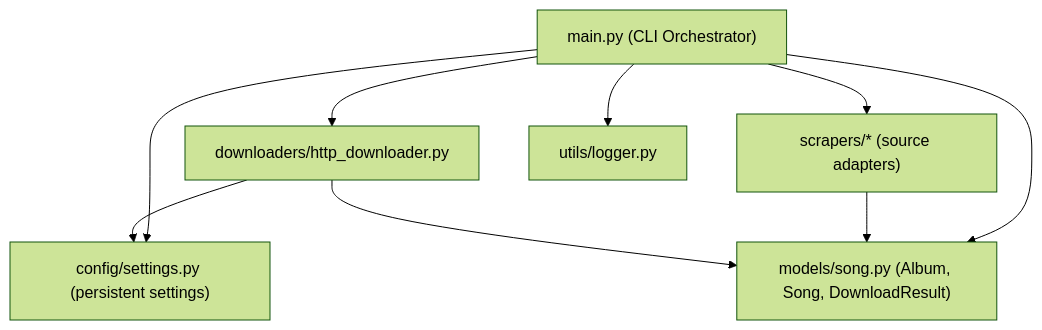
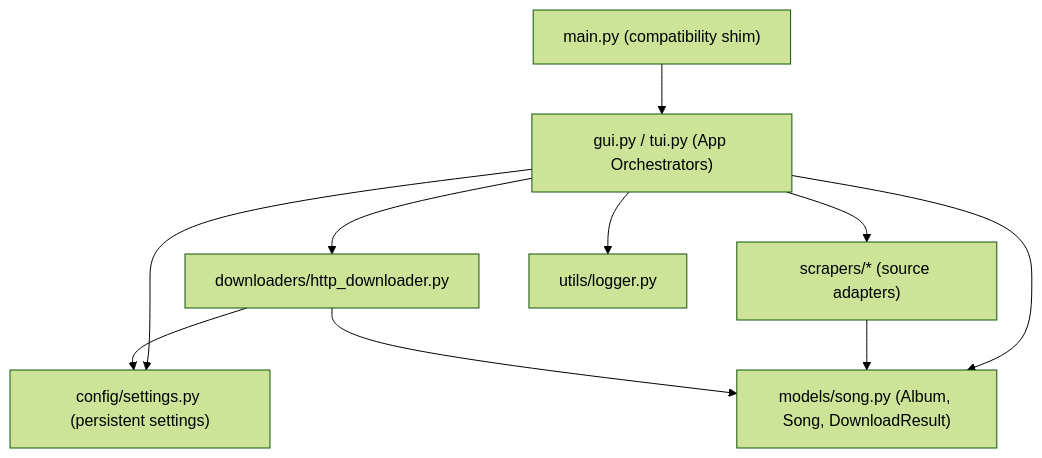
Before and after one commit to Praveen-Aj/tamil-mp3-downloader: the first of 7 diagrams in ARCHITECTURE.md, drawn with Mermaid (forest theme). The commit also changed other lines of this file and 44 other files, not shown here.

````diff
--- a/ARCHITECTURE.md
+++ b/ARCHITECTURE.md
@@ -55,12 +56,14 @@
 ```mermaid
 flowchart TB
-    A["main.py (CLI Orchestrator)"] --> B["config/settings.py (persistent settings)"]
+  A["gui.py / tui.py (App Orchestrators)"] --> B["config/settings.py (persistent settings)"]
     A --> C["scrapers/* (source adapters)"]
     A --> D["downloaders/http_downloader.py"]
     A --> E["models/song.py (Album, Song, DownloadResult)"]
     A --> F["utils/logger.py"]
 
+  G["main.py (compatibility shim)"] --> A
+
     C --> E
     D --> E
     D --> B
 ```
````
